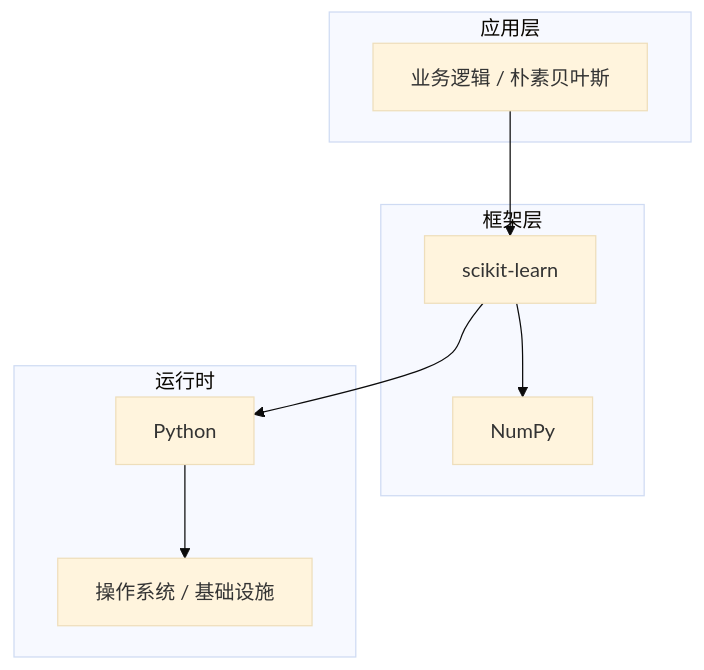
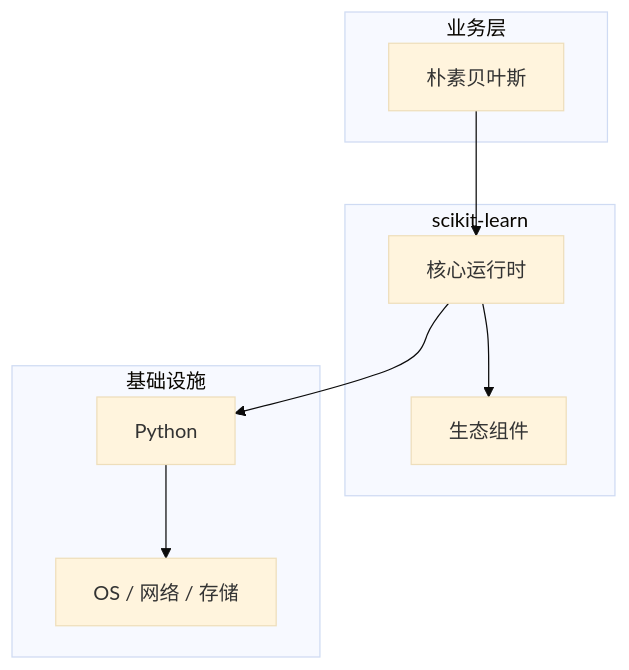
One commit to yanggan2015/knowledge-json-v2 changed the diagram in articles/机器学习/chapters/064-朴素贝叶斯核心概念与原理.md. Above: the diagram before and after it, drawn with Mermaid (base theme). The commit also changed other lines of this file and 10127 other files, not shown here.

````diff
--- a/articles/机器学习/chapters/064-朴素贝叶斯核心概念与原理.md
+++ b/articles/机器学习/chapters/064-朴素贝叶斯核心概念与原理.md
@@ -45,18 +30,18 @@
 ```mermaid
 graph TB
-    subgraph 应用层
-        A[业务逻辑 / 朴素贝叶斯]
+    subgraph 业务层
+        A[朴素贝叶斯]
     end
-    subgraph 框架层
-        B[scikit-learn]
-        C[NumPy]
+    subgraph scikit-learn
+        B[核心运行时]
+        C[生态组件]
     end
-    subgraph 运行时
+    subgraph 基础设施
         D[Python]
-        E[操作系统 / 基础设施]
+        E[OS / 网络 / 存储]
     end
     A --> B
     B --> C
     B --> D
     D --> E
 ```
````
